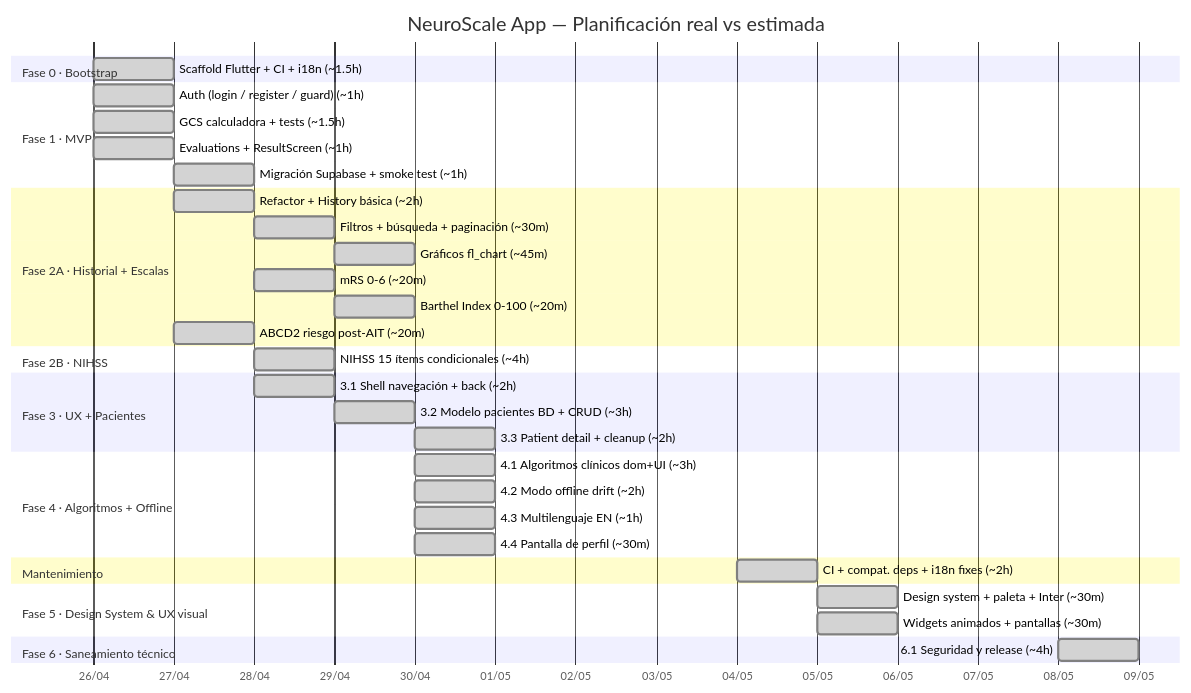
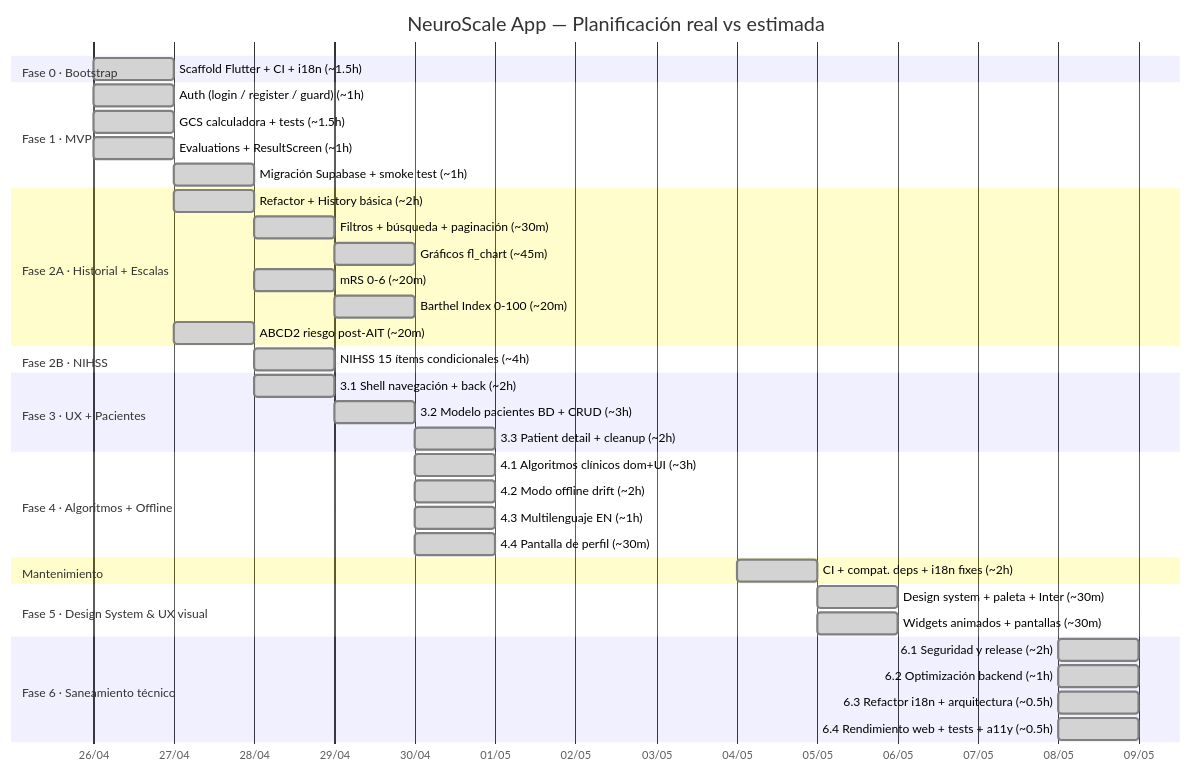
One commit to grisllo/NeuroScaleApp changed the diagram in README.md. Above: the diagram before and after it, drawn with Mermaid. The commit also changed 2 other files, not shown here.

Commit message:
chore(phase): cierre subfase 6.4 y Fase 6 — docs y métricas
- flutter analyze 0 issues, flutter test 187 tests pasando
- ROADMAP: subfase 6.4 + Fase 6 completa marcadas completadas (2026-05-08)
- METODOLOGIA: horas reales añadidas (real ~0,5h). Total Fase 6: ~4,5h
- README Gantt: sección Fase 6 completa (4 subfases)
- Estado actual actualizado a Fase 6 completada
- Issue #18 cerrado

Closes #18

````diff
--- a/README.md
+++ b/README.md
@@ -13,47 +13,50 @@
 ```mermaid
 gantt
     title NeuroScale App — Planificación real vs estimada
     dateFormat  YYYY-MM-DD
     axisFormat  %d/%m
 
     section Fase 0 · Bootstrap
     Scaffold Flutter + CI + i18n (~1.5h)      :done, f0,   2026-04-26, 1d
 
     section Fase 1 · MVP
     Auth (login / register / guard) (~1h)     :done, f1a,  2026-04-26, 1d
     GCS calculadora + tests (~1.5h)           :done, f1b,  2026-04-26, 1d
     Evaluations + ResultScreen (~1h)          :done, f1c,  2026-04-26, 1d
     Migración Supabase + smoke test (~1h)     :done, f1d,  2026-04-27, 1d
 
     section Fase 2A · Historial + Escalas
     Refactor + History básica (~2h)           :done, f2a1, 2026-04-27, 1d
     Filtros + búsqueda + paginación (~30m)    :done, f2a2, after f2a1, 1d
     Gráficos fl_chart (~45m)                  :done, f2a3, after f2a2, 1d
     mRS 0-6 (~20m)                            :done, f2a4, after f2a1, 1d
     Barthel Index 0-100 (~20m)                :done, f2a5, after f2a4, 1d
     ABCD2 riesgo post-AIT (~20m)              :done, f2a6, 2026-04-27, 1d
 
     section Fase 2B · NIHSS
     NIHSS 15 ítems condicionales (~4h)        :done, f2b,  2026-04-28, 1d
 
     section Fase 3 · UX + Pacientes
     3.1 Shell navegación + back (~2h)         :done, f3a,  2026-04-28, 1d
     3.2 Modelo pacientes BD + CRUD (~3h)      :done, f3b,  2026-04-29, 1d
     3.3 Patient detail + cleanup (~2h)        :done, f3c,  2026-04-30, 1d
 
     section Fase 4 · Algoritmos + Offline
     4.1 Algoritmos clínicos dom+UI (~3h)      :done, f4a,  2026-04-30, 1d
     4.2 Modo offline drift (~2h)              :done, f4b,  2026-04-30, 1d
     4.3 Multilenguaje EN (~1h)                :done, f4c,  2026-04-30, 1d
     4.4 Pantalla de perfil (~30m)             :done, f4d,  2026-04-30, 1d
 
     section Mantenimiento
     CI + compat. deps + i18n fixes (~2h)      :done, mnt,  2026-05-04, 1d
 
     section Fase 5 · Design System & UX visual
     Design system + paleta + Inter (~30m)     :done, f5a,  2026-05-05, 1d
     Widgets animados + pantallas (~30m)       :done, f5b,  2026-05-05, 1d
 
     section Fase 6 · Saneamiento técnico
-    6.1 Seguridad y release (~4h)             :done, f6a,  2026-05-08, 1d
+    6.1 Seguridad y release (~2h)             :done, f6a,  2026-05-08, 1d
+    6.2 Optimización backend (~1h)            :done, f6b,  2026-05-08, 1d
+    6.3 Refactor i18n + arquitectura (~0.5h)  :done, f6c,  2026-05-08, 1d
+    6.4 Rendimiento web + tests + a11y (~0.5h):done, f6d,  2026-05-08, 1d
 ```
````
